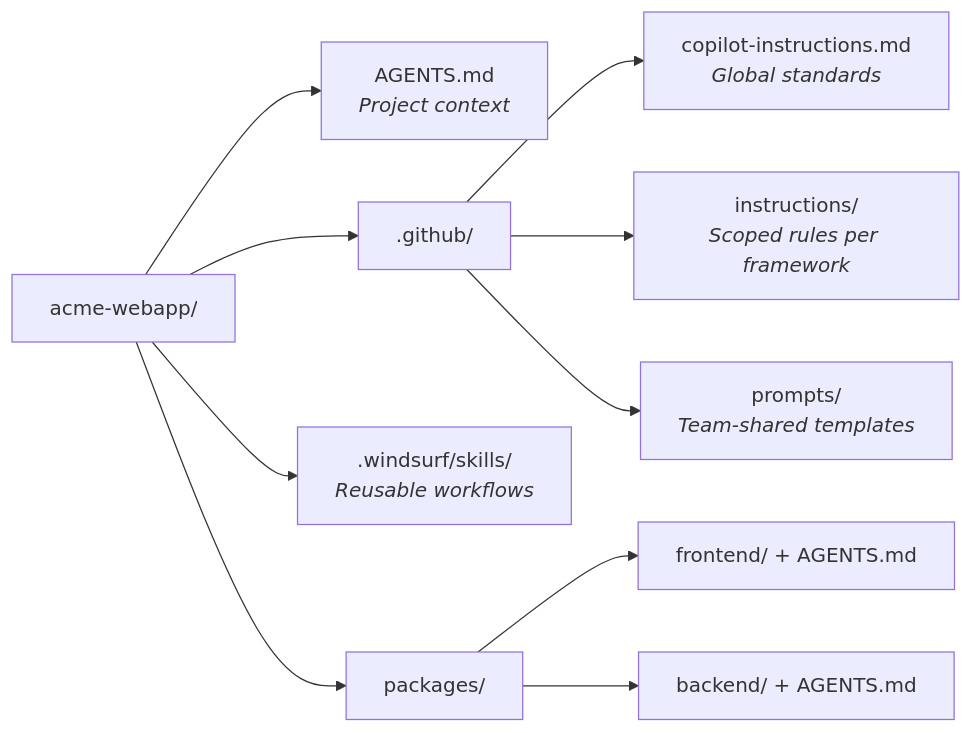
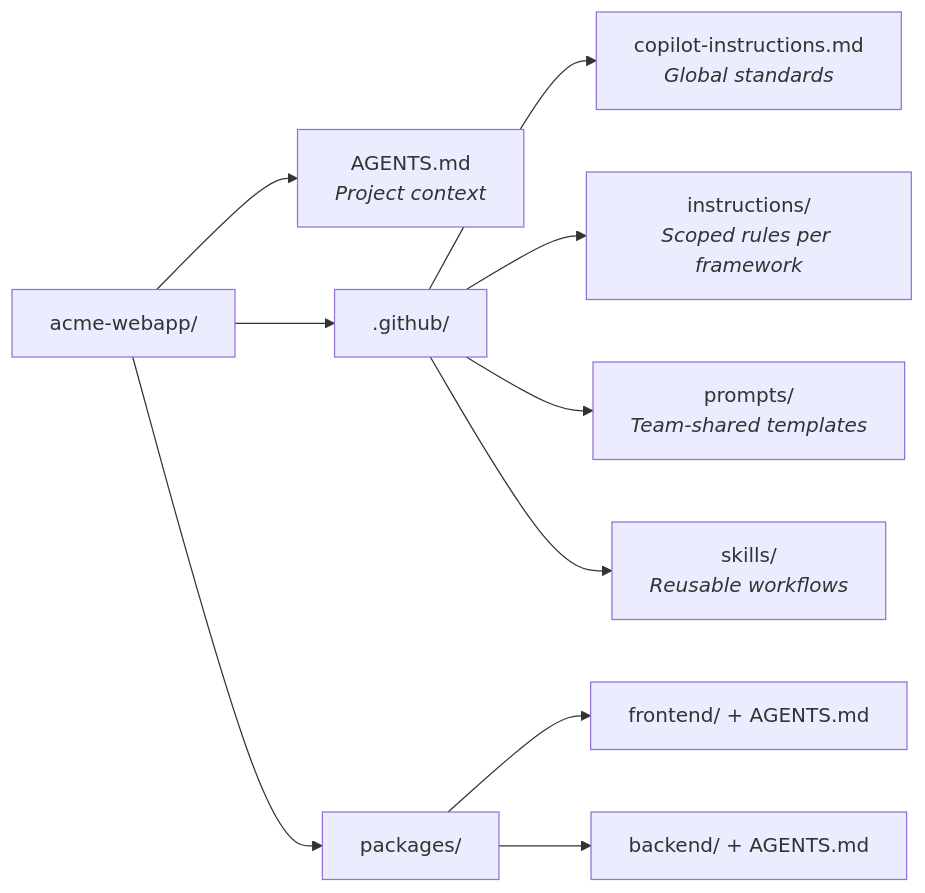
The fifth of 23 diagrams in context-engineering-tech-talk.md (HipsterZipster/context-management-presentation), drawn with Mermaid before and after one commit. The commit also changed other lines of this file and 3 other files, not shown here.

First line of the commit message:
refactor: relocate skills folder from .windsurf to .github for cross-platform compatibility

````diff
--- a/context-engineering-tech-talk.md
+++ b/context-engineering-tech-talk.md
@@ -141,16 +141,16 @@
 ```mermaid
 graph LR
     Root["acme-webapp/"]
 
     Root --> AGENTS["AGENTS.md<br/><i>Project context</i>"]
     Root --> GH[".github/"]
-    Root --> WS[".windsurf/skills/<br/><i>Reusable workflows</i>"]
     Root --> PKG["packages/"]
 
     GH --> CPI["copilot-instructions.md<br/><i>Global standards</i>"]
     GH --> INST["instructions/<br/><i>Scoped rules per framework</i>"]
     GH --> PROMPTS["prompts/<br/><i>Team-shared templates</i>"]
+    GH --> WS["skills/<br/><i>Reusable workflows</i>"]
 
     PKG --> FE["frontend/ + AGENTS.md"]
     PKG --> BE["backend/ + AGENTS.md"]
 ```
````
